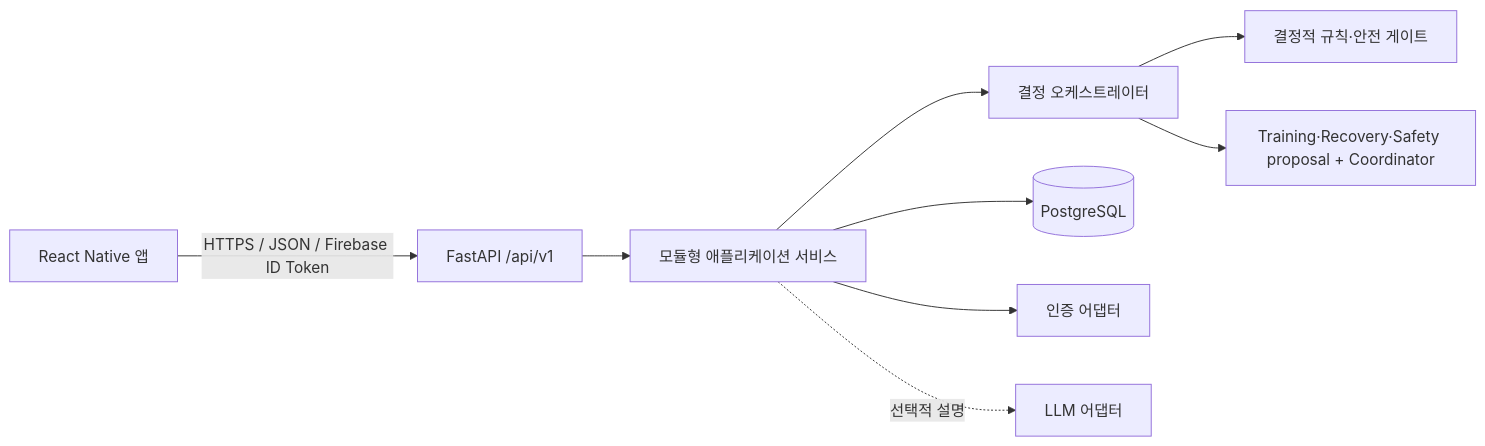
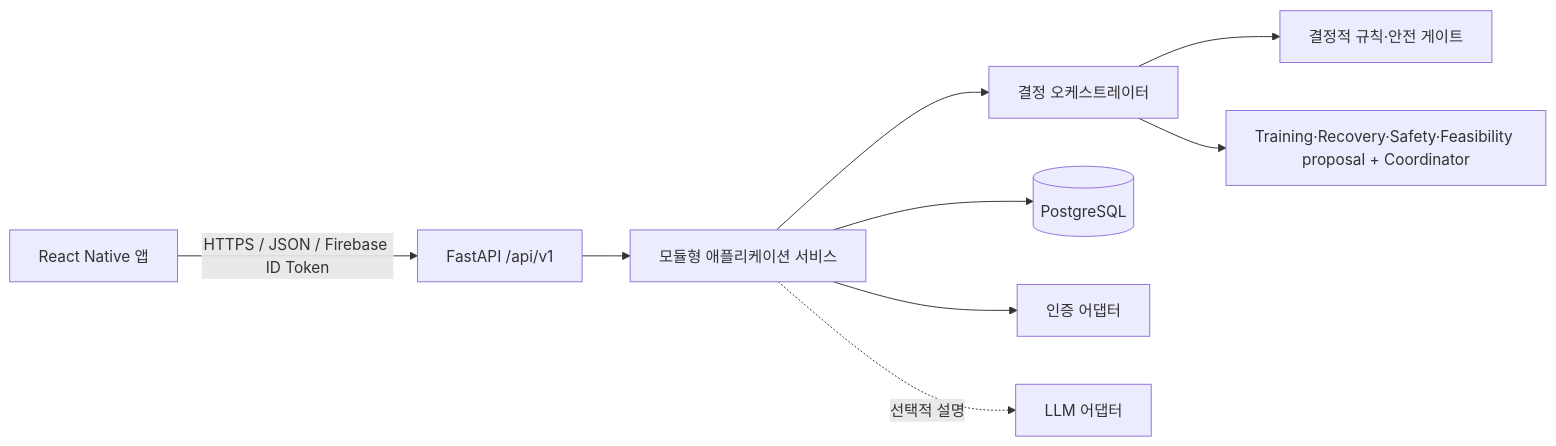
Before and after one commit to SKNETWORKS-FAMILY-AICAMP/SKN30-FINAL-5Team: the first of 3 diagrams in docs/ARCHITECTURE.md, drawn with Mermaid. The commit also changed other lines of this file and 24 other files, not shown here.

````diff
--- a/docs/ARCHITECTURE.md
+++ b/docs/ARCHITECTURE.md
@@ -9,11 +9,11 @@
 ```mermaid
 flowchart LR
   APP["React Native 앱"] -->|"HTTPS / JSON / Firebase ID Token"| API["FastAPI /api/v1"]
   API --> MOD["모듈형 애플리케이션 서비스"]
   MOD --> DEC["결정 오케스트레이터"]
   DEC --> RULES["결정적 규칙·안전 게이트"]
-  DEC --> AGENTS["Training·Recovery·Safety proposal + Coordinator"]
+  DEC --> AGENTS["Training·Recovery·Safety·Feasibility proposal + Coordinator"]
   MOD --> DB[("PostgreSQL")]
   MOD --> AUTH["인증 어댑터"]
   MOD -. 선택적 설명 .-> LLM["LLM 어댑터"]
 ```
````
